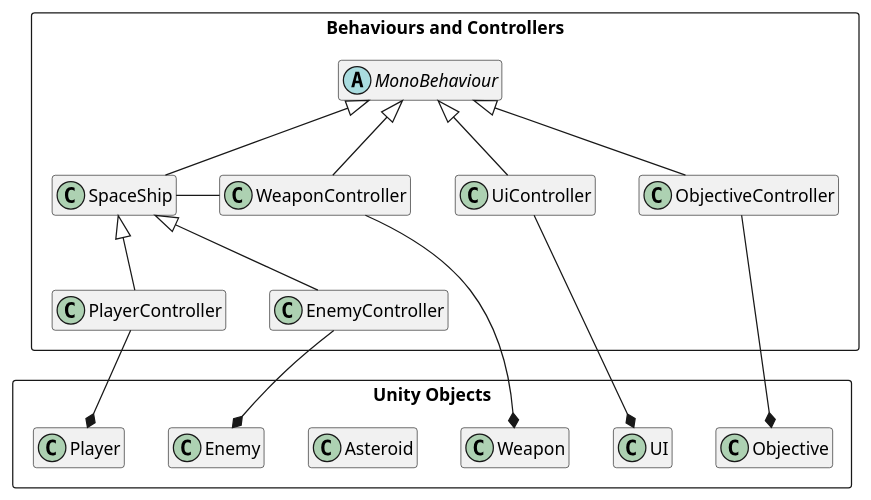
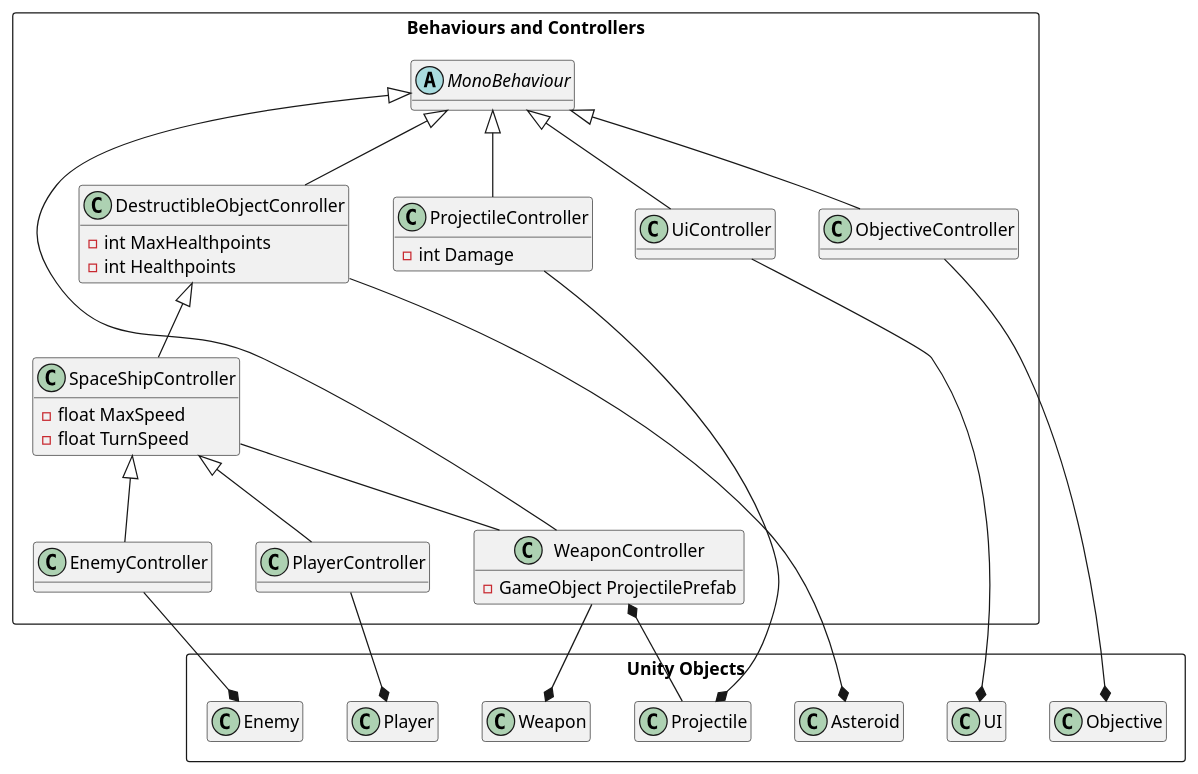
Before and after one commit to smowdy/bfh_projekt_1: the diagram in doc/diagrams/Model.puml, drawn with PlantUML. The commit also changed 1 other file, not shown here.

```diff
--- a/doc/diagrams/Model.puml
+++ b/doc/diagrams/Model.puml
@@ -1,38 +1,56 @@
 @startuml
 
 package "Unity Objects" <<Rectangle>> {
     hide members
     Class Player
     Class Enemy
     Class Weapon
+    Class Projectile
     Class Asteroid
     Class Objective
     Class UI
 }
 
 package "Behaviours and Controllers" <<Rectangle>> {
-    hide members
+    hide methods
     abstract Class MonoBehaviour
-    Class SpaceShip
+    Class DestructibleObjectConroller{
+        - int MaxHealthpoints
+        - int Healthpoints
+    }
+    Class SpaceShipController{
+        - float MaxSpeed
+        - float TurnSpeed
+    }
     Class PlayerController
     Class EnemyController
-    Class WeaponController
+    Class WeaponController{
+        - GameObject ProjectilePrefab
+    }
+    Class ProjectileController{
+        - int Damage
+    }
     Class ObjectiveController
     Class UiController
 }
 
-PlayerController -up-|> SpaceShip
-EnemyController -up-|> SpaceShip
-SpaceShip -up-|> MonoBehaviour
-SpaceShip -right- WeaponController
+PlayerController -up-|> SpaceShipController
+EnemyController -up-|> SpaceShipController
+SpaceShipController -up-|> DestructibleObjectConroller
+SpaceShipController -- WeaponController
 ObjectiveController -up-|> MonoBehaviour
 WeaponController -up-|> MonoBehaviour
+ProjectileController -up-|> MonoBehaviour
 UiController -up-|> MonoBehaviour
+DestructibleObjectConroller -up-|> MonoBehaviour
 
 Player *-up- PlayerController
 Enemy *-up- EnemyController
 Weapon *-up- WeaponController
+Projectile *-up- ProjectileController
+WeaponController *-up- Projectile
 Objective *-up- ObjectiveController
 UI *-up- UiController
+Asteroid *-up- DestructibleObjectConroller
 
 @enduml
```
